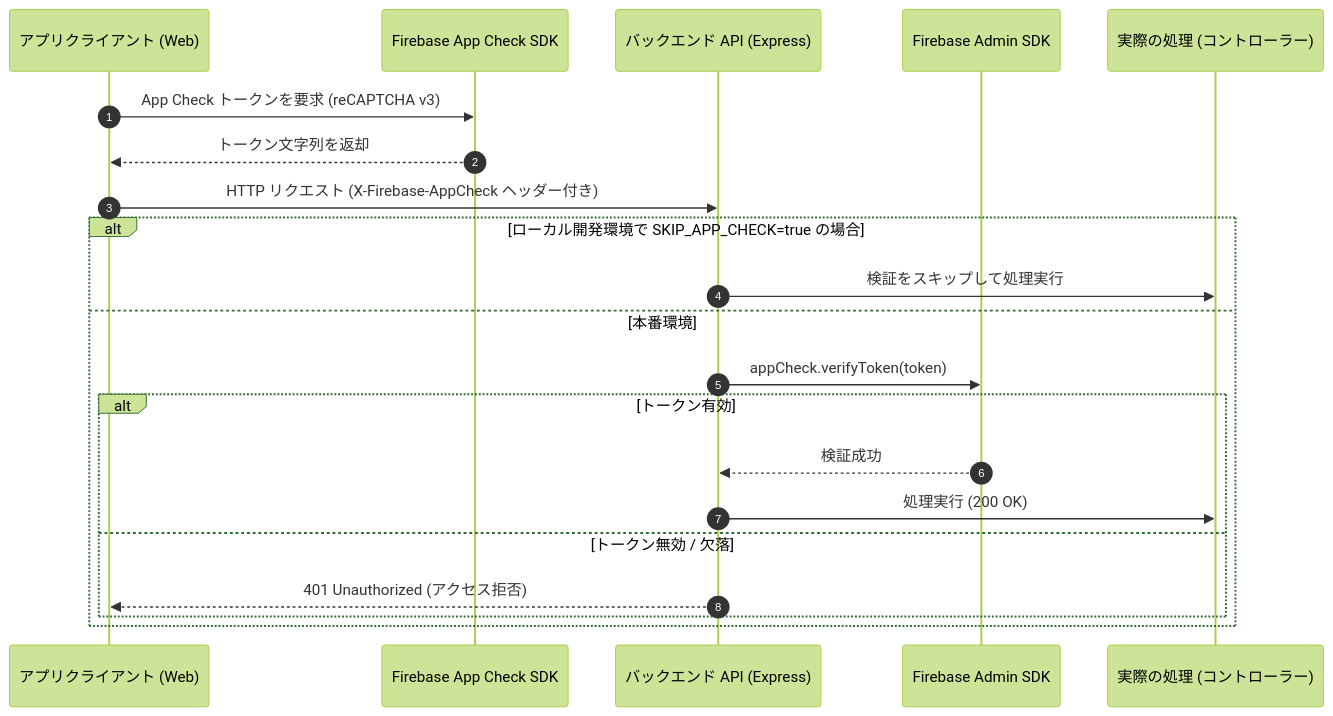
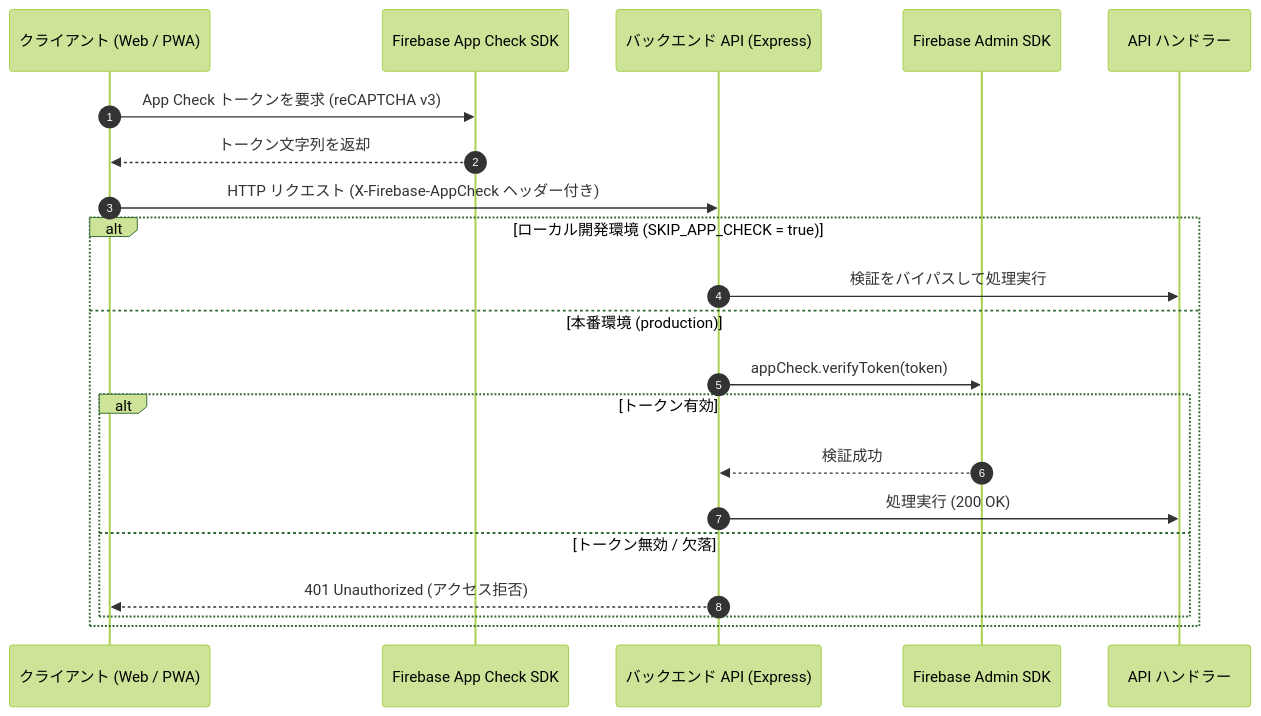
The diagram in docs/ja/security-architecture.md (ScriptureHabit/scripture-habit), drawn with Mermaid (forest theme) before and after one commit. The commit also changed other lines of this file and 57 other files, not shown here.

Commit message:
docs: refine documentation prose and add structured diagram breakdowns across JA and EN

````diff
--- a/docs/ja/security-architecture.md
+++ b/docs/ja/security-architecture.md
@@ -27,25 +27,25 @@
 ```mermaid
 sequenceDiagram
     autonumber
-    participant Client as アプリクライアント (Web)
+    participant Client as クライアント (Web / PWA)
     participant SDK as Firebase App Check SDK
     participant API as バックエンド API (Express)
     participant Admin as Firebase Admin SDK
-    participant Handler as 実際の処理 (コントローラー)
+    participant Handler as API ハンドラー
 
     Client->>SDK: App Check トークンを要求 (reCAPTCHA v3)
     SDK-->>Client: トークン文字列を返却
     Client->>API: HTTP リクエスト (X-Firebase-AppCheck ヘッダー付き)
     
-    alt ローカル開発環境で SKIP_APP_CHECK=true の場合
-        API->>Handler: 検証をスキップして処理実行
-    else 本番環境
+    alt ローカル開発環境 (SKIP_APP_CHECK = true)
+        API->>Handler: 検証をバイパスして処理実行
+    else 本番環境 (production)
         API->>Admin: appCheck.verifyToken(token)
         alt トークン有効
             Admin-->>API: 検証成功
             API->>Handler: 処理実行 (200 OK)
         else トークン無効 / 欠落
             API-->>Client: 401 Unauthorized (アクセス拒否)
         end
     end
 ```
````
